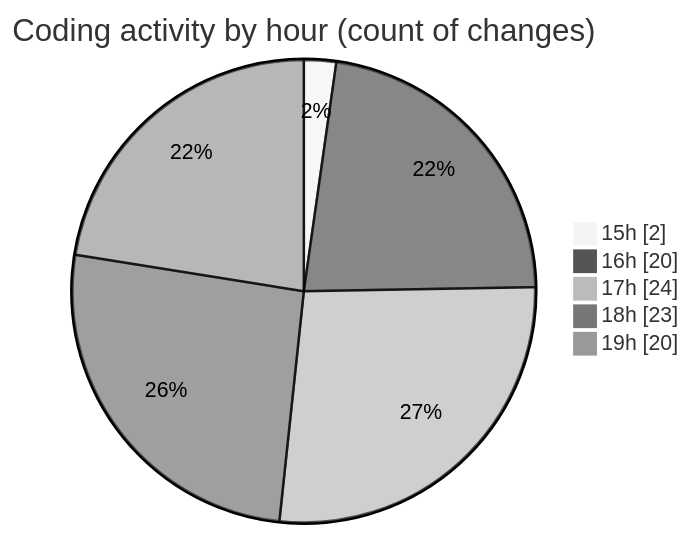
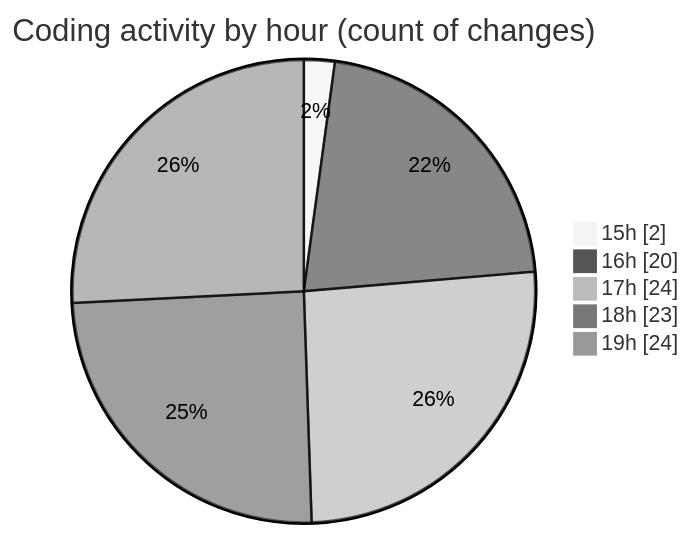
Before and after one commit to nxtqubesakshisongat/code-tracking: the second of 2 diagrams in 2025-08-09/nxtqube_webapp/README.md, drawn with Mermaid (neutral theme). The commit also changed other lines of this file and 1 other file, not shown here.

````diff
--- a/2025-08-09/nxtqube_webapp/README.md
+++ b/2025-08-09/nxtqube_webapp/README.md
@@ -32,9 +32,9 @@
 ```mermaid
 pie showData
 title Coding activity by hour (count of changes)
 "15h" : 2
 "16h" : 20
 "17h" : 24
 "18h" : 23
-"19h" : 20
+"19h" : 24
 ```
````
